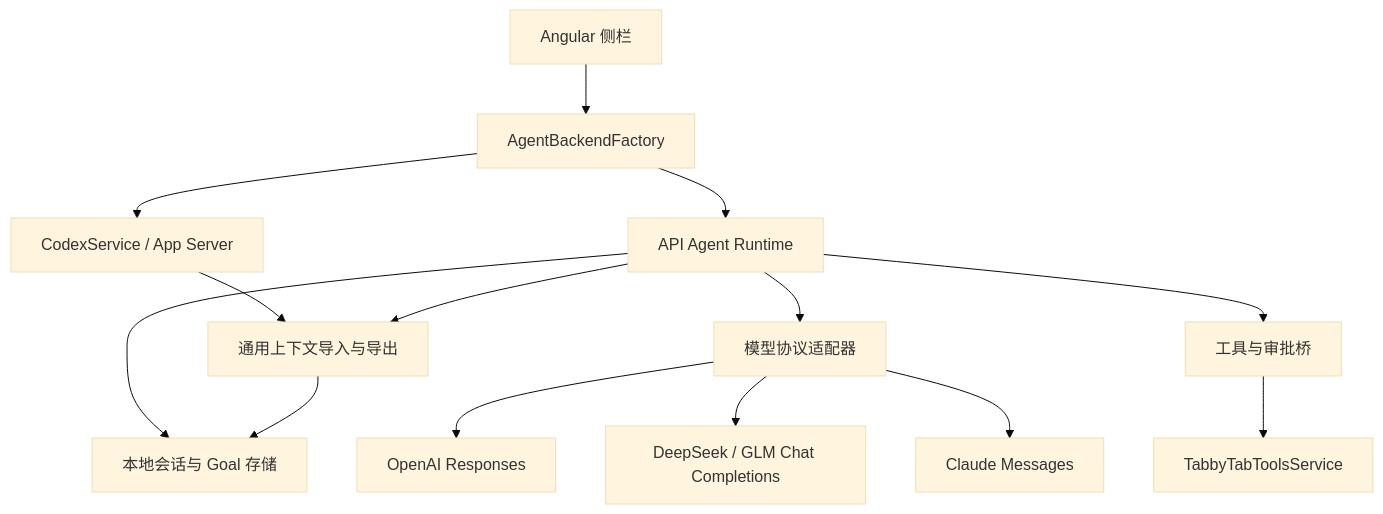
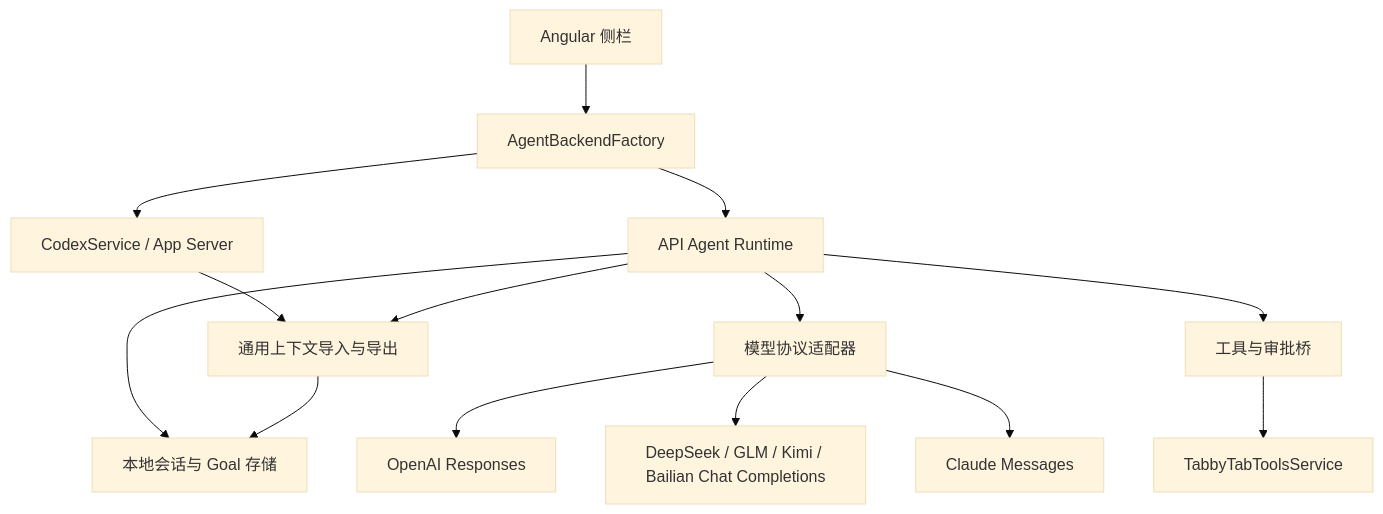
One commit to Hanlen/tabby-ai-tools changed the diagram in docs/multi-provider-agent.md. Above: the diagram before and after it, drawn with Mermaid (base theme). The commit also changed other lines of this file and 48 other files, not shown here.

````diff
--- a/docs/multi-provider-agent.md
+++ b/docs/multi-provider-agent.md
@@ -13,16 +15,16 @@
 ```mermaid
 flowchart TD
   UI[Angular 侧栏] --> Factory[AgentBackendFactory]
   Factory --> Codex[CodexService / App Server]
   Factory --> Native[API Agent Runtime]
   Native --> Providers[模型协议适配器]
   Providers --> OpenAI[OpenAI Responses]
-  Providers --> Chat[DeepSeek / GLM Chat Completions]
+  Providers --> Chat[DeepSeek / GLM / Kimi / Bailian Chat Completions]
   Providers --> Claude[Claude Messages]
   Native --> Store[本地会话与 Goal 存储]
   Codex --> Transfer[通用上下文导入与导出]
   Native --> Transfer
   Transfer --> Store
   Native --> Bridge[工具与审批桥]
   Bridge --> Tabs[TabbyTabToolsService]
 ```
````
